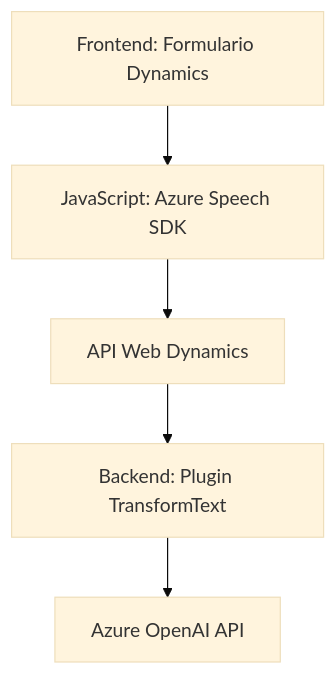
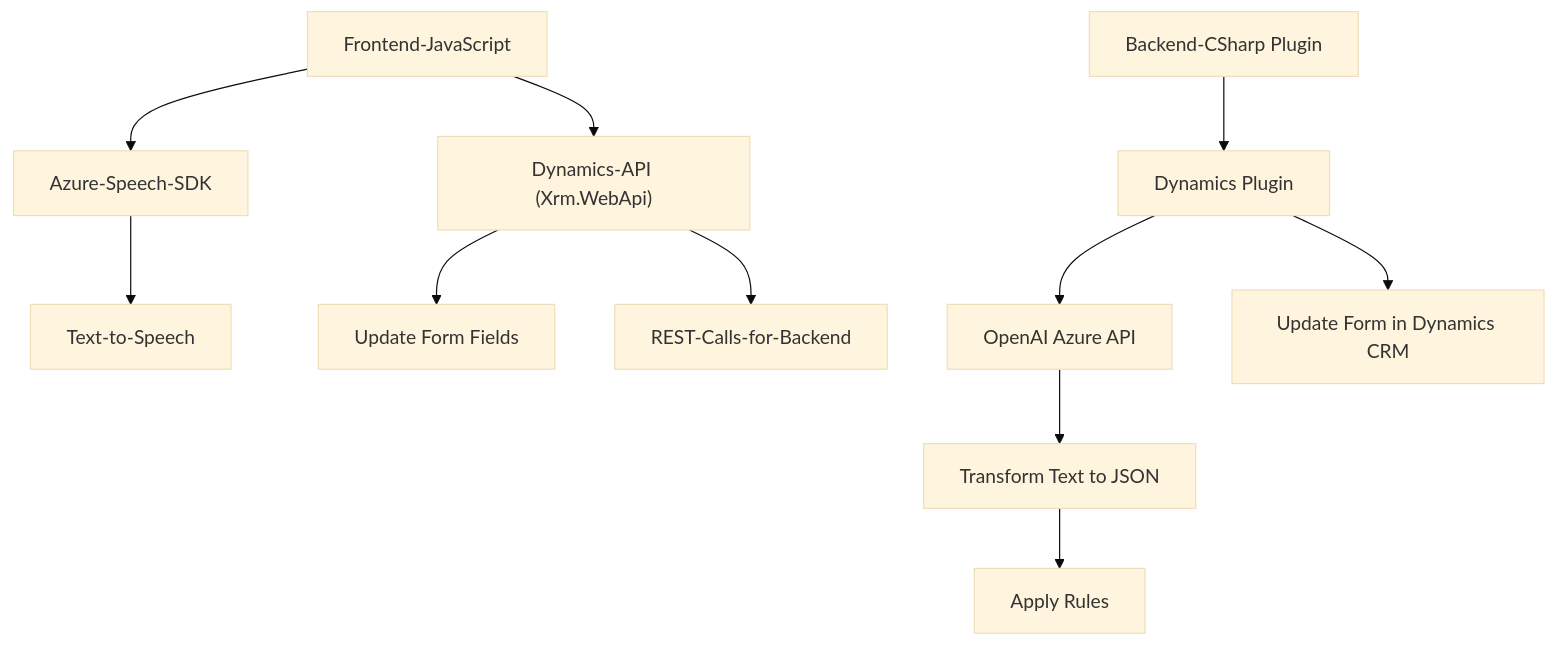
One commit to blopezdm/NETCORE_BILBAO2025 changed the diagram in README.md. Above: the diagram before and after it, drawn with Mermaid (base theme). The commit also changed other lines of this file, not shown here.

````diff
--- a/README.md
+++ b/README.md
@@ -46,13 +64,14 @@
 ```mermaid
 graph TD
-  A["Frontend: Formulario Dynamics"]
-  B["JavaScript: Azure Speech SDK"]
-  C["API Web Dynamics"]
-  D["Backend: Plugin TransformText"]
-  E["Azure OpenAI API"]
-  
-  A --> B
-  B --> C
-  C --> D
-  D --> E
+A["Frontend-JavaScript"] --> B["Azure-Speech-SDK"]
+A --> C["Dynamics-API (Xrm.WebApi)"]
+B --> D["Text-to-Speech"]
+C --> E["Update Form Fields"]
+C --> F["REST-Calls-for-Backend"]
+
+G["Backend-CSharp Plugin"] --> H["Dynamics Plugin"]
+H --> I["OpenAI Azure API"]
+I --> J["Transform Text to JSON"]
+J --> K["Apply Rules"]
+H --> L["Update Form in Dynamics CRM"]
 ```
````
